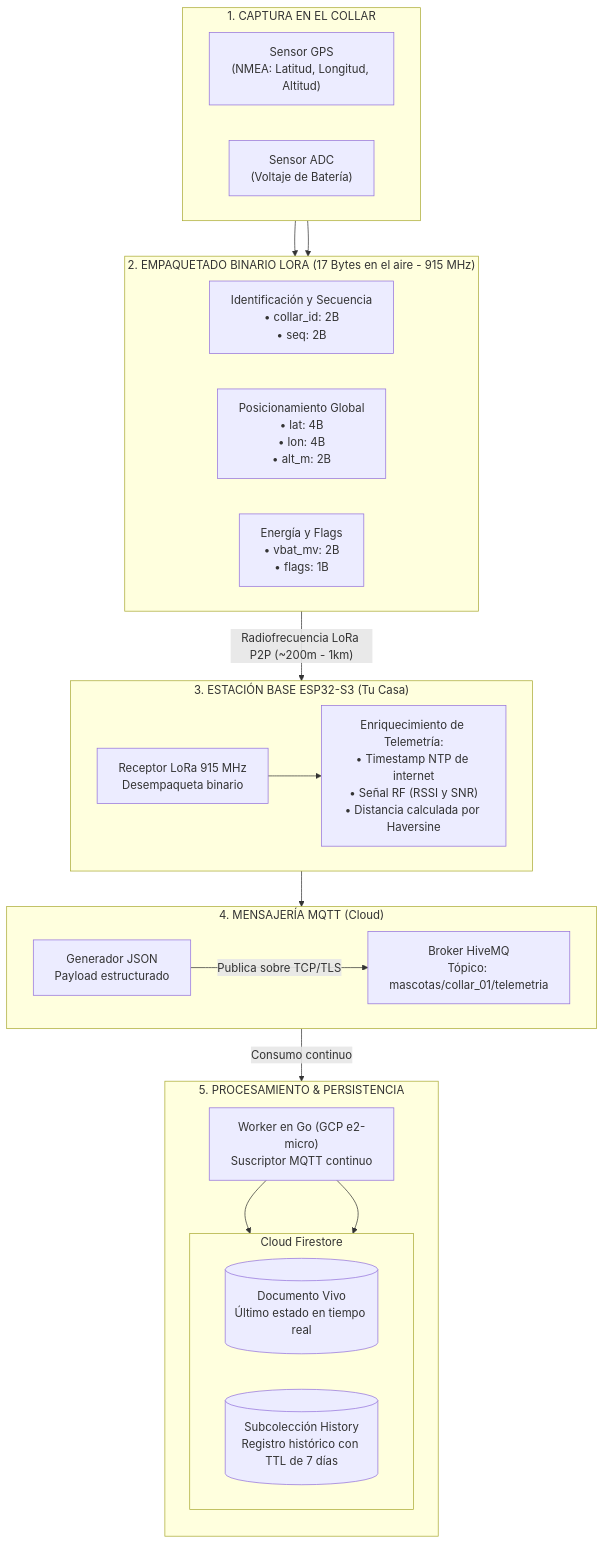
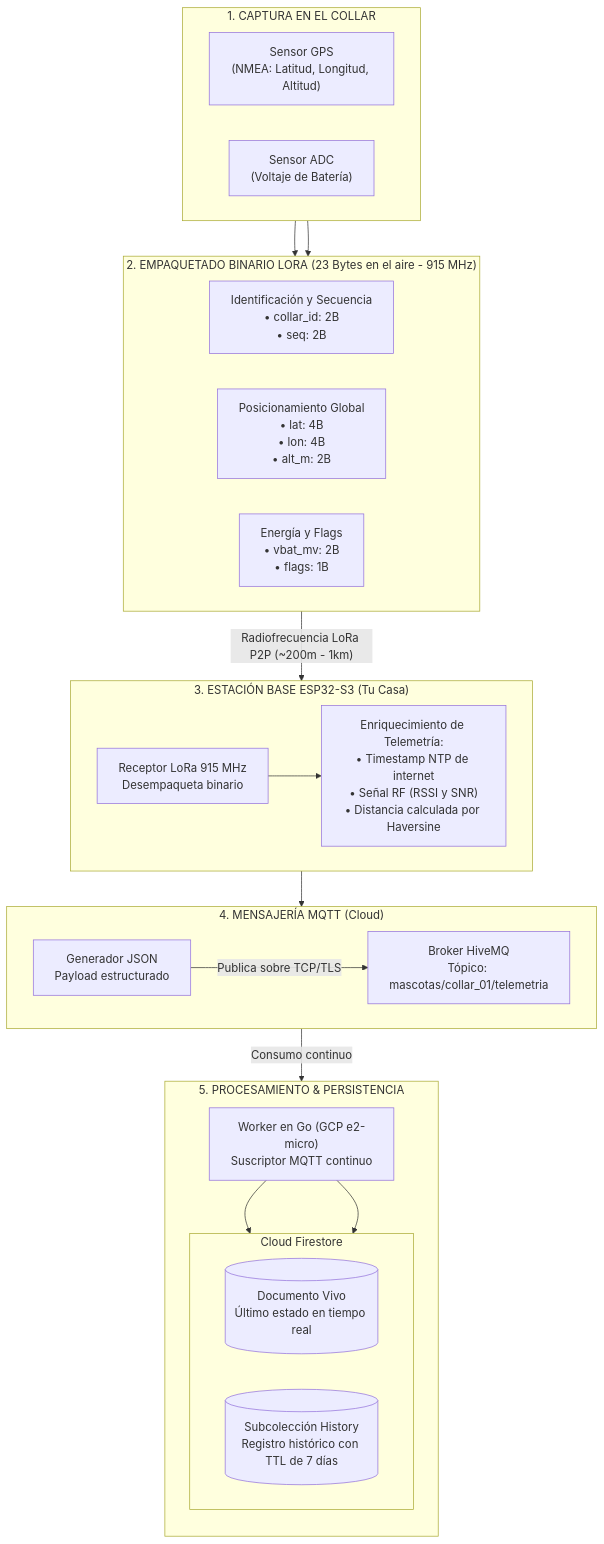
The second of 3 diagrams in README.md (Piero16301/Michi_Link), drawn with Mermaid before and after one commit. The commit also changed other lines of this file and 5 other files, not shown here.

````diff
--- a/README.md
+++ b/README.md
@@ -163,55 +163,55 @@
 ```mermaid
 flowchart TD
     %% ETAPA 1: SENSORES
     subgraph E1 ["1. CAPTURA EN EL COLLAR"]
         direction LR
         S_GPS["Sensor GPS\n(NMEA: Latitud, Longitud, Altitud)"]
         S_BAT["Sensor ADC\n(Voltaje de Batería)"]
     end
 
     %% ETAPA 2: PAQUETE BINARIO
-    subgraph E2 ["2. EMPAQUETADO BINARIO LORA (17 Bytes en el aire - 915 MHz)"]
+    subgraph E2 ["2. EMPAQUETADO BINARIO LORA (23 Bytes en el aire - 915 MHz)"]
         direction LR
         P_ID["Identificación y Secuencia\n• collar_id: 2B\n• seq: 2B"]
         P_GEO["Posicionamiento Global\n• lat: 4B\n• lon: 4B\n• alt_m: 2B"]
         P_EST["Energía y Flags\n• vbat_mv: 2B\n• flags: 1B"]
     end
 
     %% ETAPA 3: RECEPTOR BASE
     subgraph E3 ["3. ESTACIÓN BASE ESP32-S3 (Tu Casa)"]
         direction LR
         B_RX["Receptor LoRa 915 MHz\nDesempaqueta binario"]
         B_ENRICH["Enriquecimiento de Telemetría:\n• Timestamp NTP de internet\n• Señal RF (RSSI y SNR)\n• Distancia calculada por Haversine"]
         B_RX --> B_ENRICH
     end
 
     %% ETAPA 4: BROKER MQTT
     subgraph E4 ["4. MENSAJERÍA MQTT (Cloud)"]
         direction LR
         M_JSON["Generador JSON\nPayload estructurado"]
         M_BROKER["Broker HiveMQ\nTópico: mascotas/collar_01/telemetria"]
         M_JSON -->|"Publica sobre TCP/TLS"| M_BROKER
     end
 
     %% ETAPA 5: BACKEND Y BASE DE DATOS
     subgraph E5 ["5. PROCESAMIENTO & PERSISTENCIA"]
         direction TB
         G_SUB["Worker en Go (GCP e2-micro)\nSuscriptor MQTT continuo"]
         
         subgraph E5_DB ["Cloud Firestore"]
             direction LR
             DB_DOC[("Documento Vivo\nÚltimo estado en tiempo real")]
             DB_HIST[("Subcolección History\nRegistro histórico con TTL de 7 días")]
         end
         
         G_SUB --> DB_DOC
         G_SUB --> DB_HIST
     end
 
     %% FLUJO ENTRE ETAPAS
     S_GPS --> P_GEO
     S_BAT --> P_EST
     P_GEO -->|"Radiofrecuencia LoRa P2P (~200m - 1km)"| B_RX
     B_ENRICH --> M_JSON
     M_BROKER -->|"Consumo continuo"| G_SUB
 ```
````
